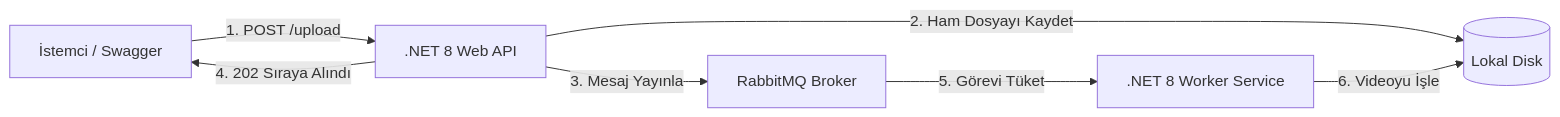
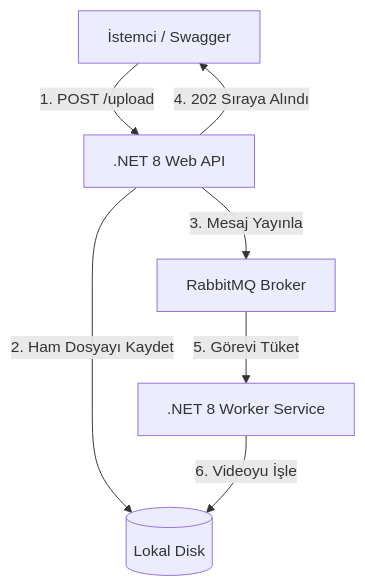
The second of 2 diagrams in README.md (yusufkayiss/VideoProcessing), drawn with Mermaid before and after one commit. The commit also changed other lines of this file, not shown here.

````diff
--- a/README.md
+++ b/README.md
@@ -63,9 +63,9 @@
 ```mermaid
-graph LR
+flowchart TD
     Client[İstemci / Swagger] -->|1. POST /upload| API[.NET 8 Web API]
     API -->|2. Ham Dosyayı Kaydet| Disk[(Lokal Disk)]
     API -->|3. Mesaj Yayınla| MQ[RabbitMQ Broker]
     API -->|4. 202 Sıraya Alındı| Client
     MQ -->|5. Görevi Tüket| Worker[.NET 8 Worker Service]
     Worker -->|6. Videoyu İşle| Disk
 ```
````
